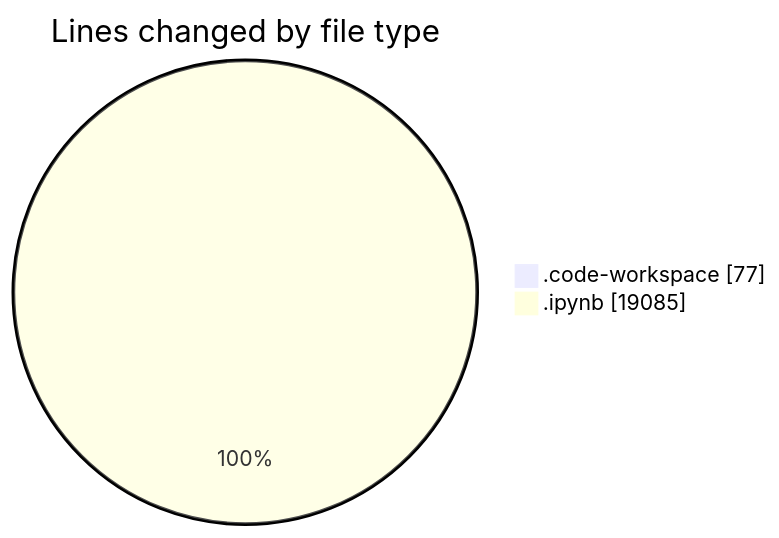
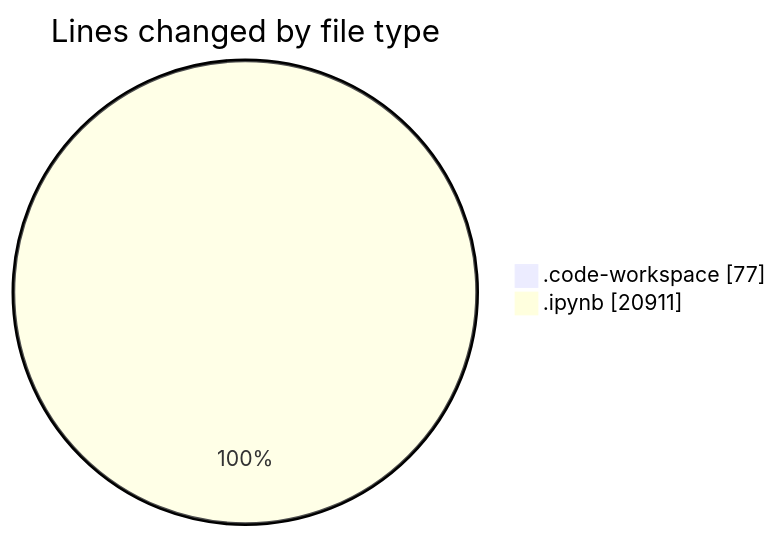
One commit to MatusMokan/code-tracking changed the first of 2 diagrams in 2025-03-14/myws__workspace_/README.md. Above: the diagram before and after it, drawn with Mermaid. The commit also changed other lines of this file and 1 other file, not shown here.

````diff
--- a/2025-03-14/myws__workspace_/README.md
+++ b/2025-03-14/myws__workspace_/README.md
@@ -22,6 +22,6 @@
 ```mermaid
 pie showData
 title Lines changed by file type
 ".code-workspace" : 77
-".ipynb" : 19085
+".ipynb" : 20911
 ```
````
